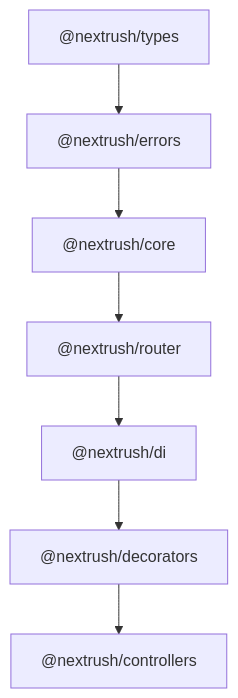
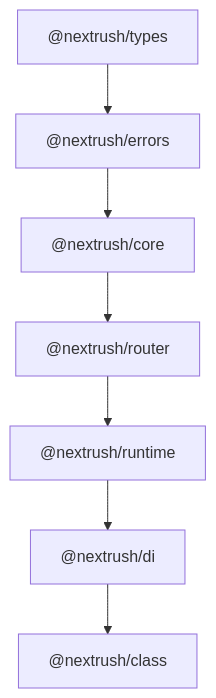
The first of 2 diagrams in wiki/Architecture.md (0xTanzim/nextRush), drawn with Mermaid before and after one commit. The commit also changed other lines of this file and 18 other files, not shown here.

````diff
--- a/wiki/Architecture.md
+++ b/wiki/Architecture.md
@@ -36,12 +36,12 @@
 ```mermaid
 flowchart TD
   T["@nextrush/types"]
   E["@nextrush/errors"]
   C["@nextrush/core"]
   R["@nextrush/router"]
+  RT["@nextrush/runtime"]
   D["@nextrush/di"]
-  DEC["@nextrush/decorators"]
-  CTRL["@nextrush/controllers"]
+  CL["@nextrush/class"]
 
-  T --> E --> C --> R --> D --> DEC --> CTRL
+  T --> E --> C --> R --> RT --> D --> CL
 ```
````
